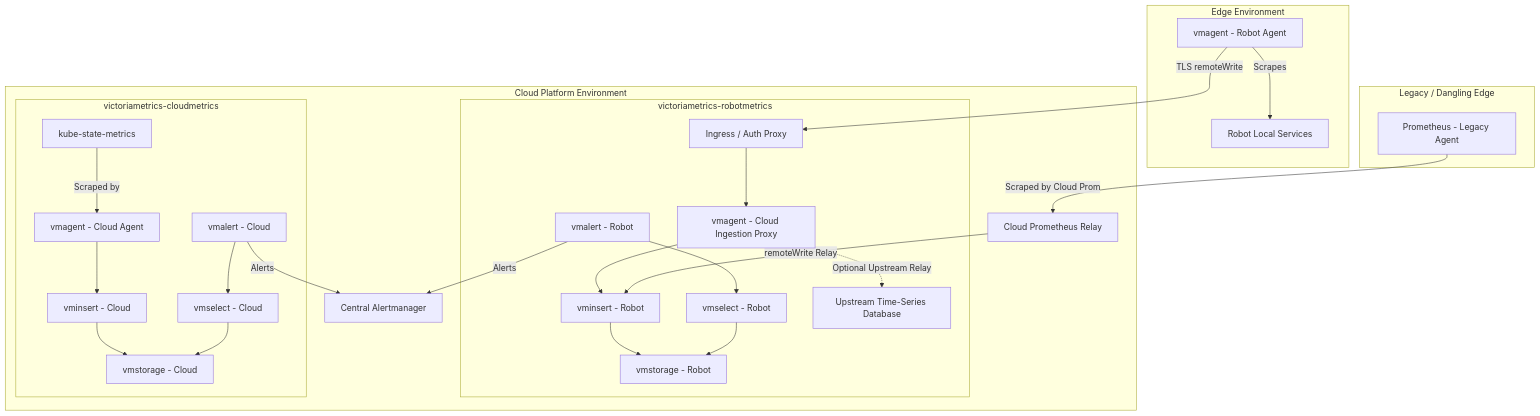
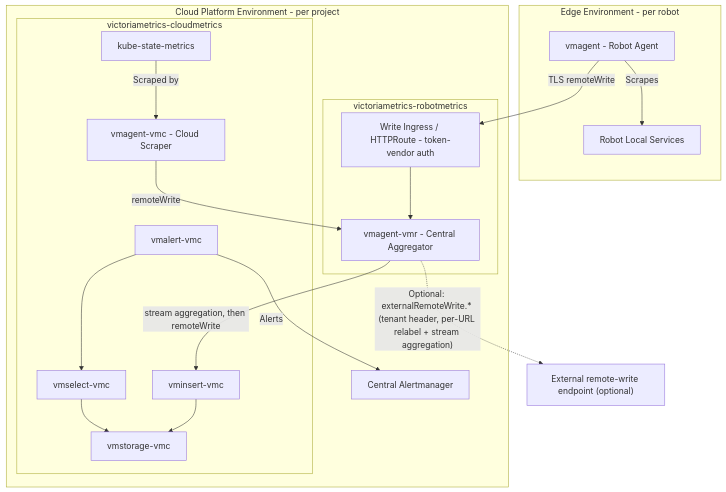
The diagram in src/app_charts/victoriametrics/README.md (googlecloudrobotics/core), drawn with Mermaid before and after one commit. The commit also changed other lines of this file and 15 other files, not shown here.

Commit message:
consolidate vm clusters in 1 + use vmagent to pipe data from robot -> cloud

````diff
--- a/src/app_charts/victoriametrics/README.md
+++ b/src/app_charts/victoriametrics/README.md
@@ -20,53 +22,36 @@
 ```mermaid
 flowchart TD
-    subgraph Edge[Edge Environment]
+    subgraph Edge[Edge Environment - per robot]
         RA[vmagent - Robot Agent] -->|Scrapes| RT[Robot Local Services]
     end
-    
-    subgraph LegacyEdge[Legacy / Dangling Edge]
-        LP[Prometheus - Legacy Agent]
-    end
 
-    subgraph CloudEnv[Cloud Platform Environment]
+    subgraph CloudEnv[Cloud Platform Environment - per project]
         subgraph RobotMetrics[victoriametrics-robotmetrics]
-            ING[Ingress / Auth Proxy]
-            VMA_PROXY[vmagent - Cloud Ingestion Proxy]
-            VMI_R[vminsert - Robot]
-            VMS_R[vmstorage - Robot]
-            VMQ_R[vmselect - Robot]
-            VMA_R[vmalert - Robot]
-            
-            ING --> VMA_PROXY
-            VMA_PROXY --> VMI_R
-            VMA_PROXY -.->|Optional Upstream Relay| UpstreamTSDB[Upstream Time-Series Database]
-            VMI_R --> VMS_R
-            VMQ_R --> VMS_R
-            VMA_R --> VMQ_R
+            ING[Write Ingress / HTTPRoute - token-vendor auth]
+            AGG[vmagent-vmr - Central Aggregator]
+            ING --> AGG
         end
-        
+
         subgraph CloudMetrics[victoriametrics-cloudmetrics]
             KSM[kube-state-metrics]
-            CA[vmagent - Cloud Agent]
-            VMI_C[vminsert - Cloud]
-            VMS_C[vmstorage - Cloud]
-            VMQ_C[vmselect - Cloud]
-            VMA_C[vmalert - Cloud]
-            
+            CA[vmagent-vmc - Cloud Scraper]
+            VMI_C[vminsert-vmc]
+            VMS_C[vmstorage-vmc]
+            VMQ_C[vmselect-vmc]
+            VMA_C[vmalert-vmc]
+
             KSM -->|Scraped by| CA
-            CA --> VMI_C
             VMI_C --> VMS_C
             VMQ_C --> VMS_C
             VMA_C --> VMQ_C
         end
-        
-        CP[Cloud Prometheus Relay]
+
         AM[Central Alertmanager]
     end
 
-    %% Data Flow
     RA -->|TLS remoteWrite| ING
-    LP -->|Scraped by Cloud Prom| CP
-    CP -->|remoteWrite Relay| VMI_R
-    VMA_R -->|Alerts| AM
+    CA -->|remoteWrite| AGG
+    AGG -->|stream aggregation, then remoteWrite| VMI_C
+    AGG -.->|"Optional: externalRemoteWrite.* (tenant header, per-URL relabel + stream aggregation)"| EXT["External remote-write endpoint (optional)"]
     VMA_C -->|Alerts| AM
 ```
````
